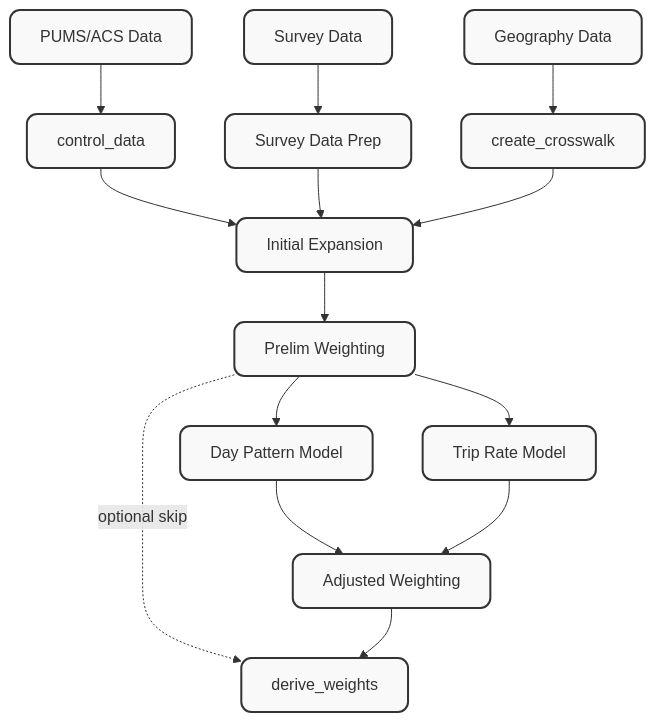
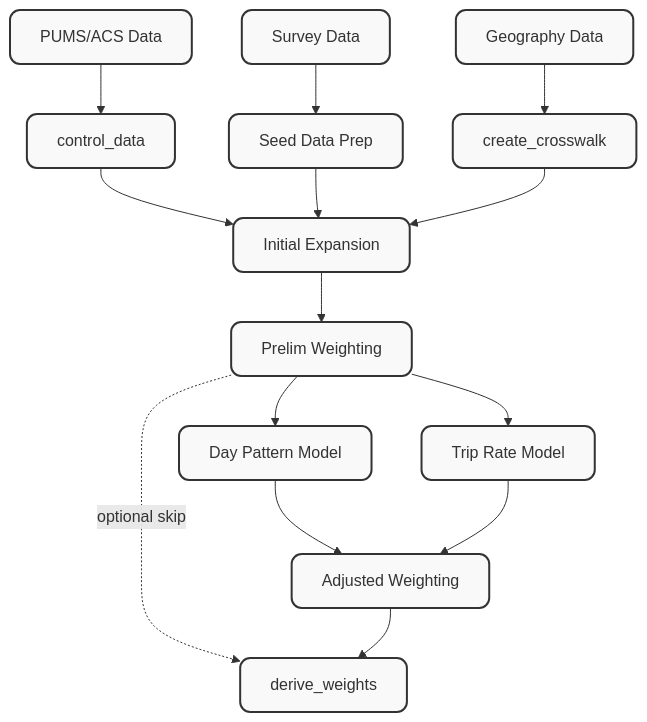
Before and after one commit to BayAreaMetro/travel-diary-survey-tools: the diagram in src/processing/weighting/DEVELOPMENT_PLAN.md, drawn with Mermaid. The commit also changed other lines of this file and 19 other files, not shown here.

````diff
--- a/src/processing/weighting/DEVELOPMENT_PLAN.md
+++ b/src/processing/weighting/DEVELOPMENT_PLAN.md
@@ -25,33 +25,33 @@
 ```mermaid
 graph TD
     pums_data[PUMS/ACS Data]
     survey_data[Survey Data]
     geography_data[Geography Data]
     create_crosswalk[create_crosswalk]
     control_prep[control_data]
 
-    survey_prep[Survey Data Prep]
+    seed_data[Seed Data Prep]
     initial_expansion[Initial Expansion]
     prelim_weighting[Prelim Weighting]
     adjusted_weighting[Adjusted Weighting]
     daypat_model[Day Pattern Model]
     triprate_model[Trip Rate Model]
     derive_weights[derive_weights]
 
     pums_data --> control_prep
-    survey_data --> survey_prep
+    survey_data --> seed_data
     geography_data --> create_crosswalk
     control_prep --> initial_expansion
-    survey_prep --> initial_expansion
+    seed_data --> initial_expansion
     create_crosswalk --> initial_expansion
     initial_expansion --> prelim_weighting
     prelim_weighting --> daypat_model
     prelim_weighting --> triprate_model
     daypat_model --> adjusted_weighting
     triprate_model --> adjusted_weighting
 
     prelim_weighting -.optional skip.-> derive_weights
     adjusted_weighting --> derive_weights
 
     classDef default fill:#f9f9f9,stroke:#333,stroke-width:2px,rx:10,ry:10
 ```
````
